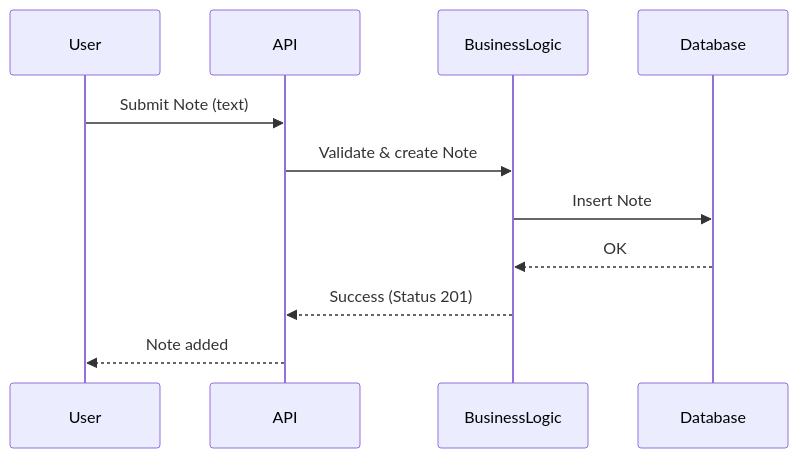
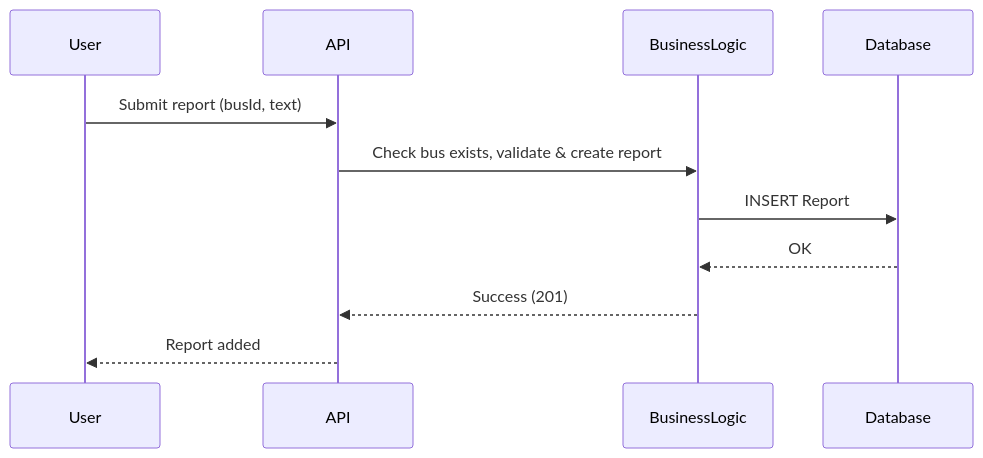
Before and after one commit to Bary-G/portfolio-project_bus-fleet-management: the seventh of 10 diagrams in README.md, drawn with Mermaid. The commit also changed other lines of this file, not shown here.

````diff
--- a/README.md
+++ b/README.md
@@ -168,13 +235,15 @@
 ```mermaid
 sequenceDiagram
-participant  User
-participant  API
-participant  BusinessLogic
-participant  Database
-User->>API: Submit  Note  (text)
-API->>BusinessLogic: Validate & create  Note
-BusinessLogic->>Database: Insert  Note
+participant User
+participant API
+participant BusinessLogic
+participant Database
+
+User->>API: Submit report (busId, text)
+API->>BusinessLogic: Check bus exists, validate & create report
+BusinessLogic->>Database: INSERT Report
 Database-->>BusinessLogic: OK
-BusinessLogic-->>API: Success  (Status 201)
-API-->>User: Note  added
+BusinessLogic-->>API: Success (201)
+API-->>User: Report added
+
 ```
````
